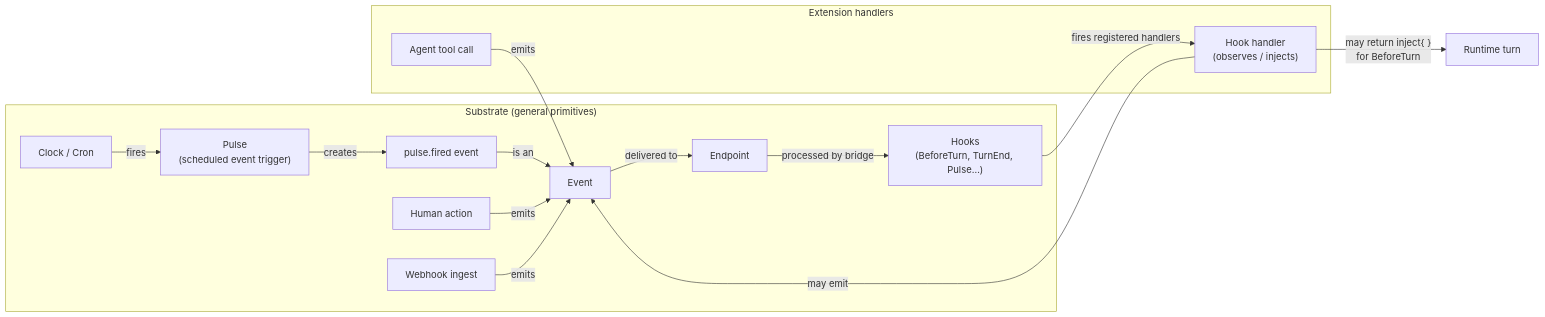
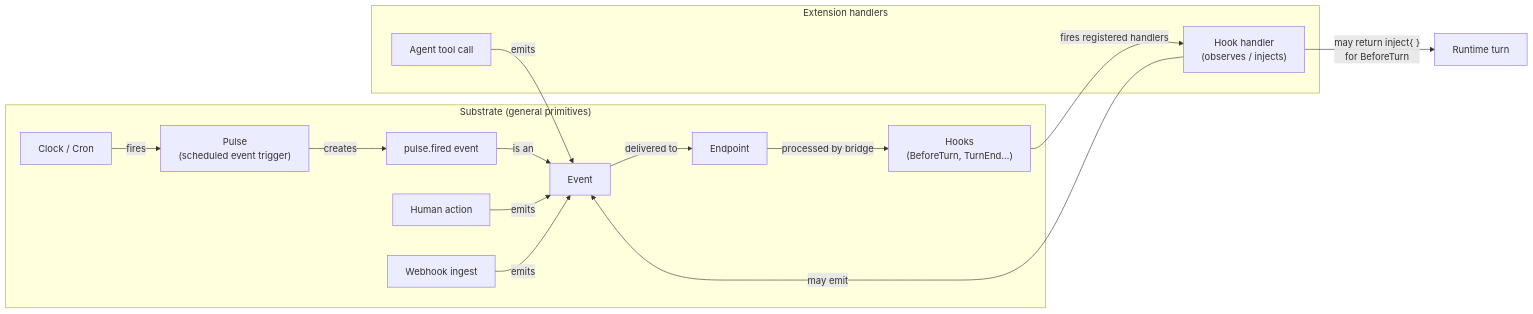
Before and after one commit to floe-ai/floe-substrate: the seventh of 7 diagrams in docs/architecture/overview.md, drawn with Mermaid. The commit also changed other lines of this file and 14 other files, not shown here.

````diff
--- a/docs/architecture/overview.md
+++ b/docs/architecture/overview.md
@@ -325,21 +323,21 @@
 ```mermaid
 graph LR
     subgraph SUB["Substrate (general primitives)"]
         SCHED["Clock / Cron"] -->|"fires"| PL["Pulse\n(scheduled event trigger)"]
         PL -->|"creates"| PFE["pulse.fired event"]
         PFE -->|"is an"| EV["Event"]
         HUM["Human action"] -->|"emits"| EV
         WH["Webhook ingest"] -->|"emits"| EV
         EV -->|"delivered to"| EP["Endpoint"]
-        EP -->|"processed by bridge"| HOOKS["Hooks\n(BeforeTurn, TurnEnd, Pulse…)"]
+        EP -->|"processed by bridge"| HOOKS["Hooks\n(BeforeTurn, TurnEnd…)"]
     end
 
     subgraph EXT["Extension handlers"]
         HNDL["Hook handler\n(observes / injects)"]
         AGT["Agent tool call"] -->|"emits"| EV
         HNDL -->|"may emit"| EV
     end
 
     HOOKS -->|"fires registered handlers"| HNDL
     HNDL -->|"may return inject{ }\nfor BeforeTurn"| RT["Runtime turn"]
 ```
````
